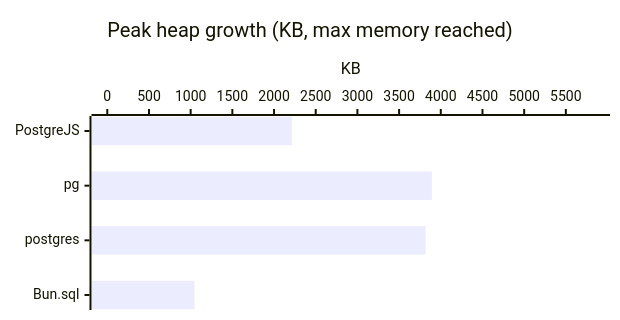
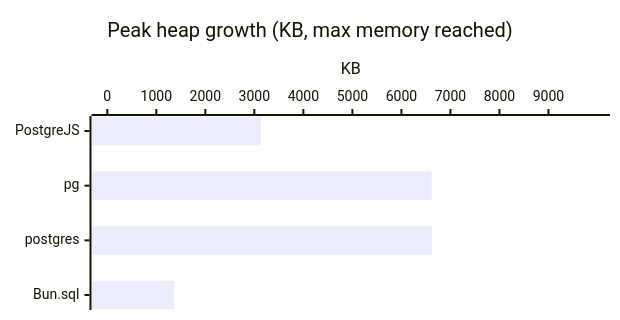
One commit to panates/postgrejs-doc changed the sixth of 56 diagrams in docs/getting-started/benchmarks-bun.md. Above: the diagram before and after it, drawn with Mermaid. The commit also changed other lines of this file and 13 other files, not shown here.

````diff
--- a/docs/getting-started/benchmarks-bun.md
+++ b/docs/getting-started/benchmarks-bun.md
@@ -186,8 +193,8 @@
 ```mermaid
 %%{init: {'xyChart': {'width': 600, 'height': 300, 'chartOrientation': 'horizontal'}}}%%
 xychart-beta
     title "Peak heap growth (KB, max memory reached)"
     x-axis ["PostgreJS", "pg", "postgres", "Bun.sql"]
-    y-axis "KB" 0.0000 --> 5840.0171
-    bar [2213.5957, 3893.3447, 3819.1543, 1046.2617]
+    y-axis "KB" 0.0000 --> 9932.7144
+    bar [3134.1035, 6615.0020, 6621.8096, 1359.2539]
 ```
````
